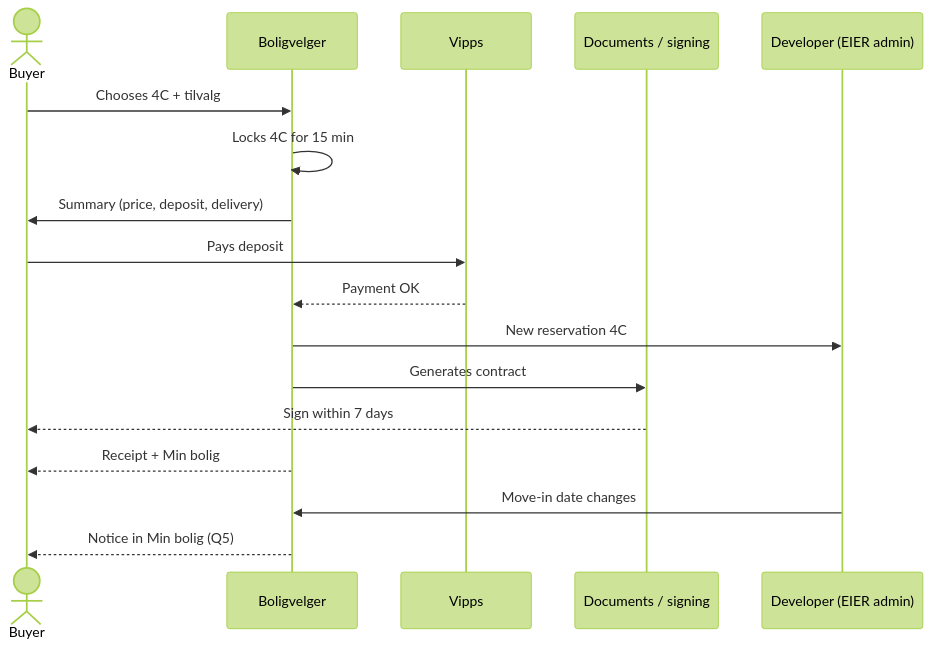
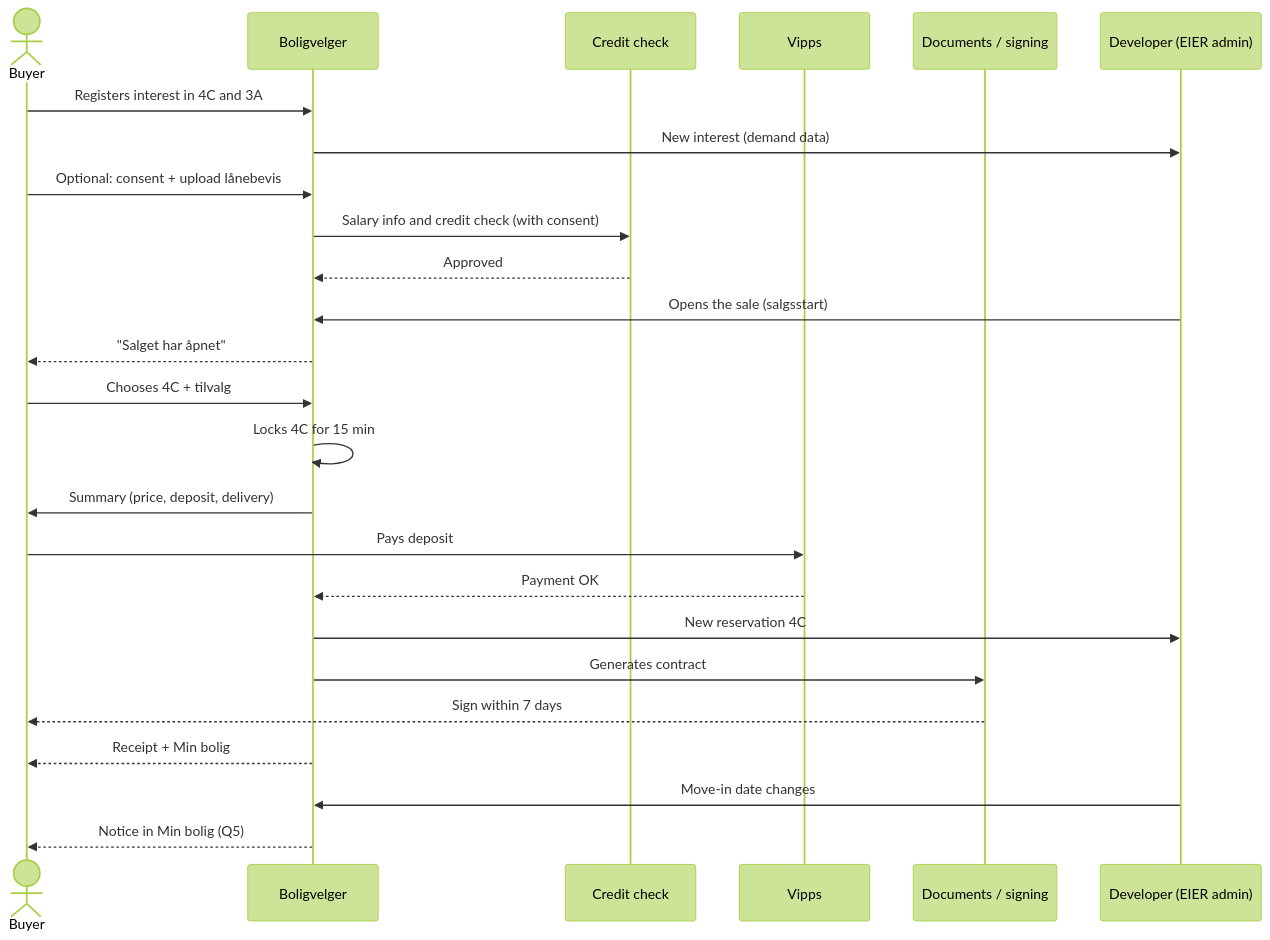
One commit to kremflote/Borettslaget changed the fifth of 6 diagrams in docs/design-sprint/Models.md. Above: the diagram before and after it, drawn with Mermaid (forest theme). The commit also changed other lines of this file and 9 other files, not shown here.

First line of the commit message:
Design Sprint: record group decisions on interest-first flow and scope

````diff
--- a/docs/design-sprint/Models.md
+++ b/docs/design-sprint/Models.md
@@ -79,19 +98,27 @@
 ```mermaid
 sequenceDiagram
   actor K as Buyer
   participant B as Boligvelger
+  participant C as Credit check
   participant V as Vipps
   participant D as Documents / signing
   participant U as Developer (EIER admin)
+  K->>B: Registers interest in 4C and 3A
+  B->>U: New interest (demand data)
+  K->>B: Optional: consent + upload lånebevis
+  B->>C: Salary info and credit check (with consent)
+  C-->>B: Approved
+  U->>B: Opens the sale (salgsstart)
+  B-->>K: "Salget har åpnet"
   K->>B: Chooses 4C + tilvalg
   B->>B: Locks 4C for 15 min
   B->>K: Summary (price, deposit, delivery)
   K->>V: Pays deposit
   V-->>B: Payment OK
   B->>U: New reservation 4C
   B->>D: Generates contract
   D-->>K: Sign within 7 days
   B-->>K: Receipt + Min bolig
   U->>B: Move-in date changes
   B-->>K: Notice in Min bolig (Q5)
 ```
````
